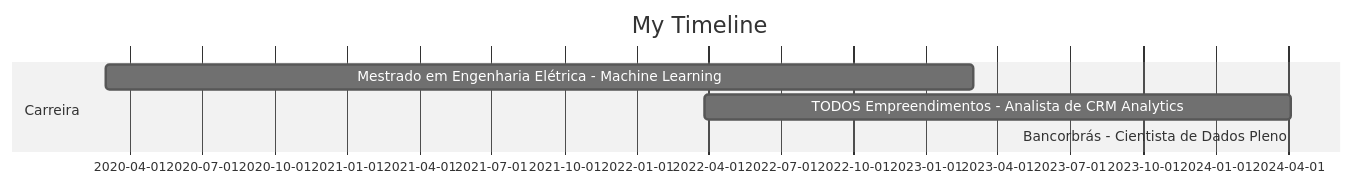
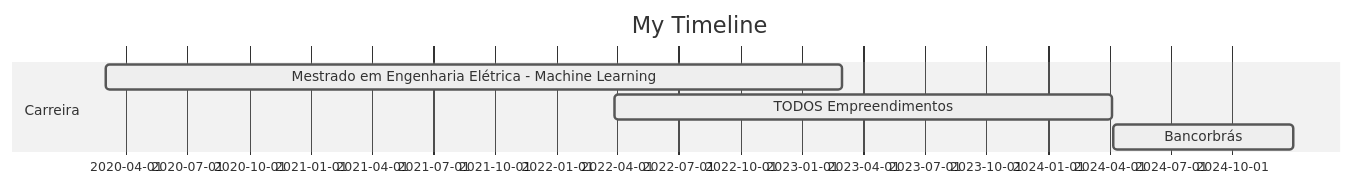
The diagram in README.md (victor-hro/victor-hro), drawn with Mermaid (neutral theme) before and after one commit.

````diff
--- a/README.md
+++ b/README.md
@@ -3,10 +3,9 @@
 ```mermaid
 gantt
     title My Timeline
     dateFormat  YYYY-MM-DD
     section Carreira
-    Mestrado em Engenharia Elétrica - Machine Learning  :2020-03-02, 2023-03-02
-    TODOS Empreendimentos - Analista de CRM Analytics  :2022-03-28, 2024-04-05
-    Bancorbrás - Cientista de Dados Pleno               :2024-04-08,
-
+    Mestrado em Engenharia Elétrica - Machine Learning    :active,, 2020-03-02, 2023-03-02
+    TODOS Empreendimentos     :active,, 2022-03-28, 2024-04-05
+    Bancorbrás                :active,, 2024-04-08, 2024-12-31
 ```
````
